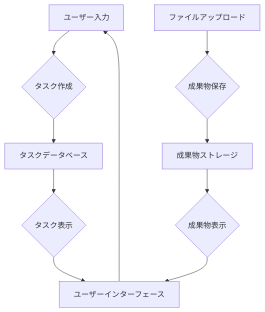
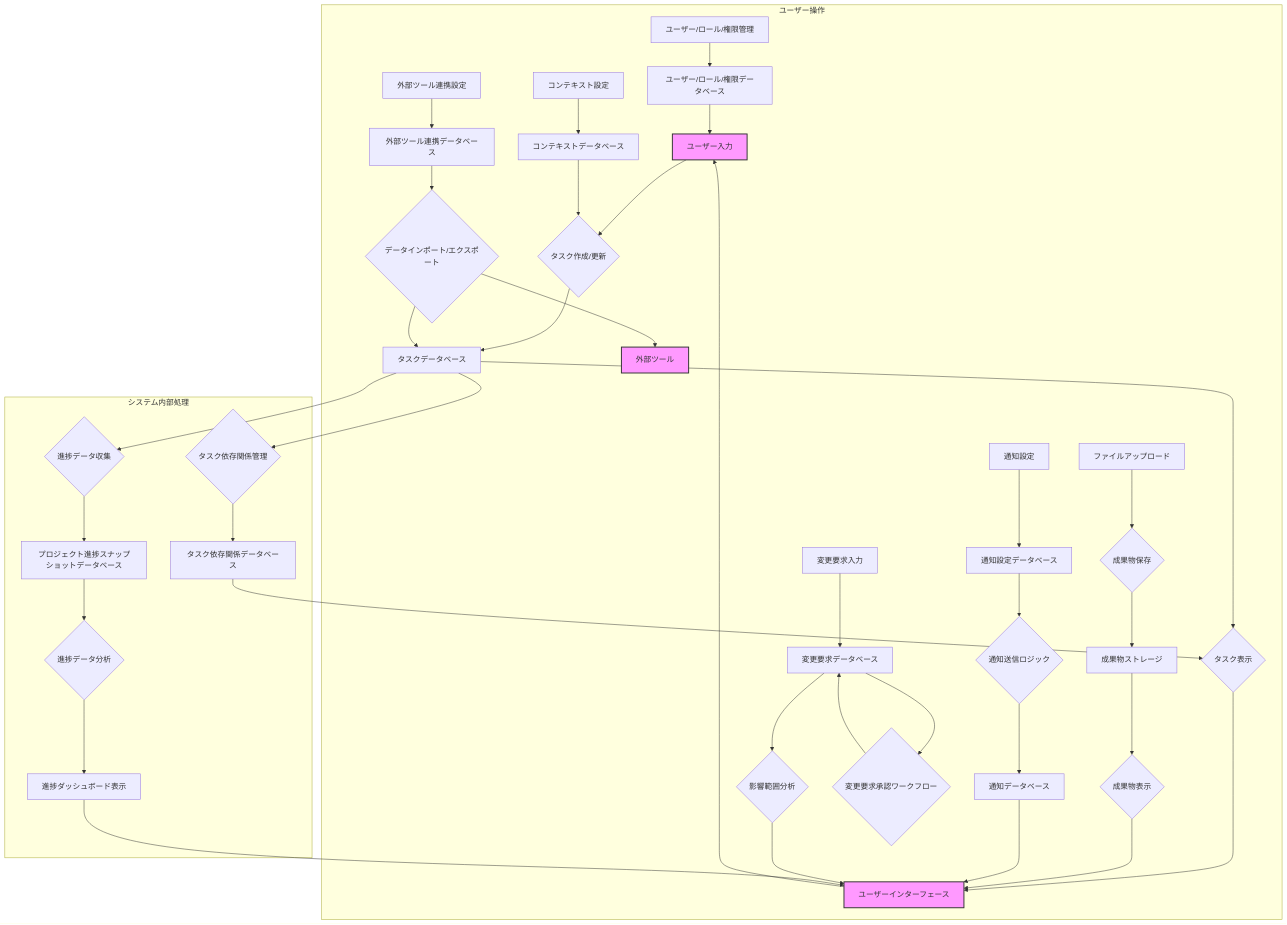
Before and after one commit to mahitotsu/tas9s10ream: the fourth of 4 diagrams in docs/data-model/data-model.md, drawn with Mermaid. The commit also changed other lines of this file and 12 other files, not shown here.

````diff
--- a/docs/data-model/data-model.md
+++ b/docs/data-model/data-model.md
@@ -177,13 +269,53 @@
 ```mermaid
 graph TD
-    A[ユーザー入力] --> B{タスク作成};
-    B --> C[タスクデータベース];
-    C --> D{タスク表示};
-    D --> E[ユーザーインターフェース];
-    E --> A;
+    subgraph ユーザー操作
+        A[ユーザー入力] --> B{タスク作成/更新};
+        B --> C[タスクデータベース];
+        C --> D{タスク表示};
+        D --> E[ユーザーインターフェース];
+        E --> A;
 
-    F[ファイルアップロード] --> G{成果物保存};
-    G --> H[成果物ストレージ];
-    H --> I{成果物表示};
-    I --> E;
+        F[ファイルアップロード] --> G{成果物保存};
+        G --> H[成果物ストレージ];
+        H --> I{成果物表示};
+        I --> E;
+
+        J[コンテキスト設定] --> K[コンテキストデータベース];
+        K --> B;
+
+        L[通知設定] --> M[通知設定データベース];
+        M --> N{通知送信ロジック};
+        N --> O[通知データベース];
+        O --> E;
+
+        P[変更要求入力] --> Q[変更要求データベース];
+        Q --> R{変更要求承認ワークフロー};
+        R --> Q;
+        Q --> S{影響範囲分析};
+        S --> E;
+
+        T[ユーザー/ロール/権限管理] --> U[ユーザー/ロール/権限データベース];
+        U --> A;
+
+        V[外部ツール連携設定] --> W[外部ツール連携データベース];
+        W --> X{データインポート/エクスポート};
+        X --> C;
+        X --> Y[外部ツール];
+    end
+
+    subgraph システム内部処理
+        C --> Z{タスク依存関係管理};
+        Z --> AA[タスク依存関係データベース];
+        AA --> D;
+
+        C --> BB{進捗データ収集};
+        BB --> CC[プロジェクト進捗スナップショットデータベース];
+        CC --> DD{進捗データ分析};
+        DD --> EE[進捗ダッシュボード表示];
+        EE --> E;
+    end
+
+    style A fill:#f9f,stroke:#333,stroke-width:2px
+    style E fill:#f9f,stroke:#333,stroke-width:2px
+    style Y fill:#f9f,stroke:#333,stroke-width:2px
 ```
````
